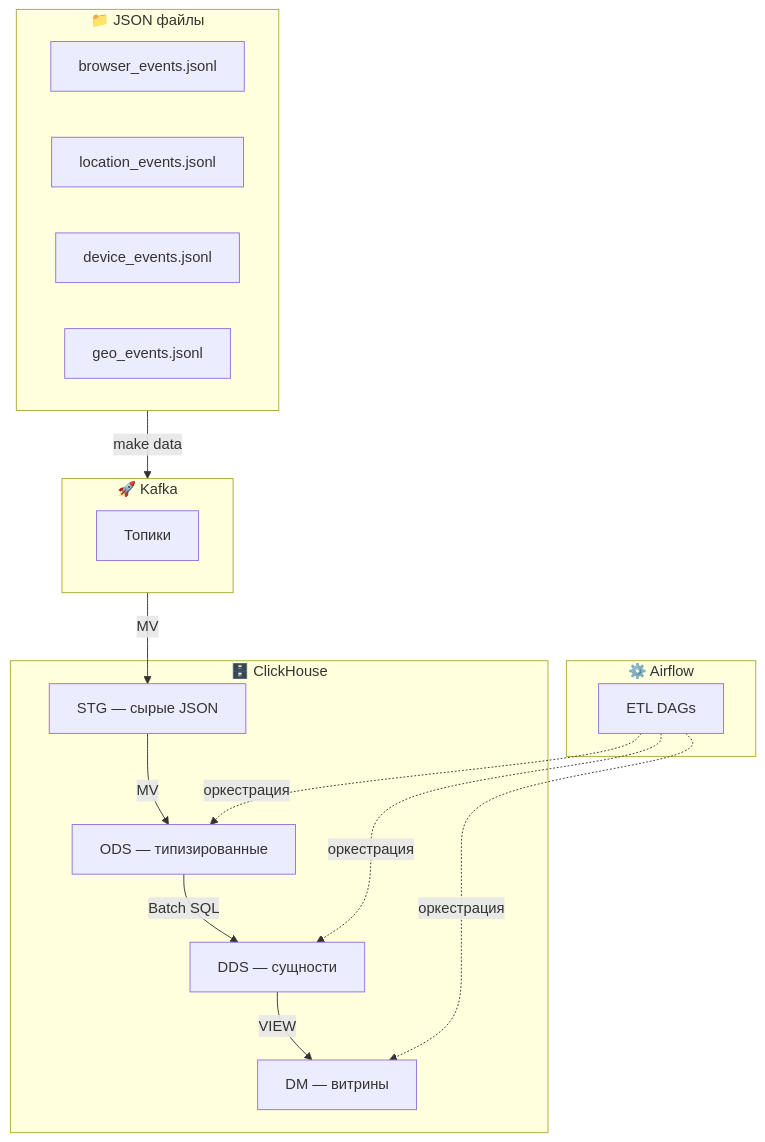
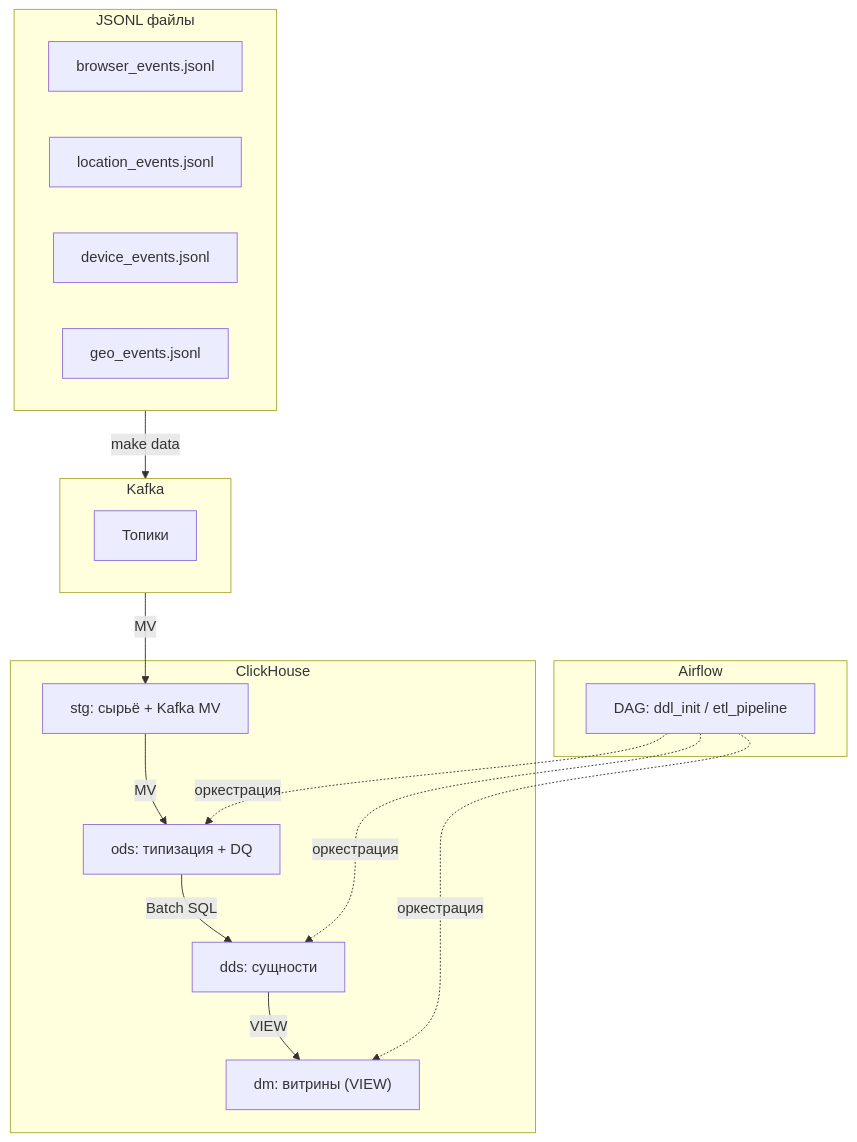
The first of 2 diagrams in README.md (dementev-dev/clickstream-ch-kafka-superset-demo), drawn with Mermaid before and after one commit. The commit also changed other lines of this file and 2 other files, not shown here.

Commit message:
docs: update README and architecture docs for Airflow orchestration workflow

````diff
--- a/README.md
+++ b/README.md
@@ -69,27 +77,27 @@
 ```mermaid
 flowchart TB
-    subgraph Sources["📁 JSON файлы"]
+    subgraph Sources["JSONL файлы"]
         BE[browser_events.jsonl]
         LE[location_events.jsonl]
         DE[device_events.jsonl]
         GE[geo_events.jsonl]
     end
 
-    subgraph Kafka["🚀 Kafka"]
+    subgraph Kafka["Kafka"]
         KT[Топики]
     end
 
-    subgraph CH["🗄️ ClickHouse"]
-        STG["STG — сырые JSON"]
-        ODS["ODS — типизированные"]
-        DDS["DDS — сущности"]
-        DM["DM — витрины"]
+    subgraph CH["ClickHouse"]
+        STG["stg: сырьё + Kafka MV"]
+        ODS["ods: типизация + DQ"]
+        DDS["dds: сущности"]
+        DM["dm: витрины (VIEW)"]
     end
 
-    subgraph Airflow["⚙️ Airflow"]
-        DAG[ETL DAGs]
+    subgraph Airflow["Airflow"]
+        DAG[DAG: ddl_init / etl_pipeline]
     end
 
     Sources -->|make data| Kafka -->|MV| STG -->|MV| ODS -->|Batch SQL| DDS -->|VIEW| DM
     DAG -.->|оркестрация| ODS & DDS & DM
 ```
````
